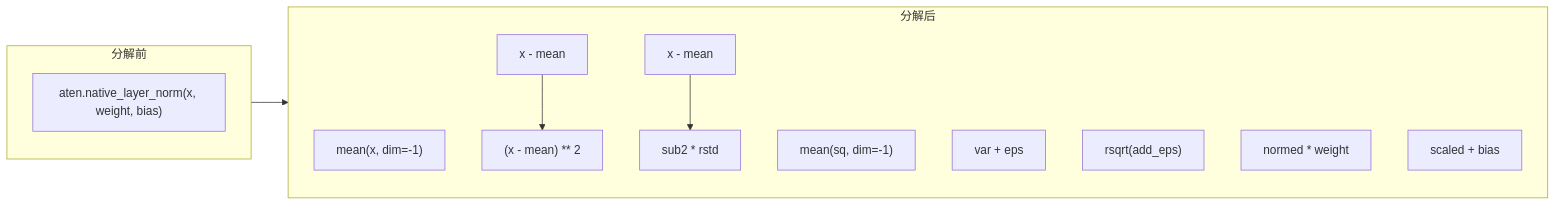
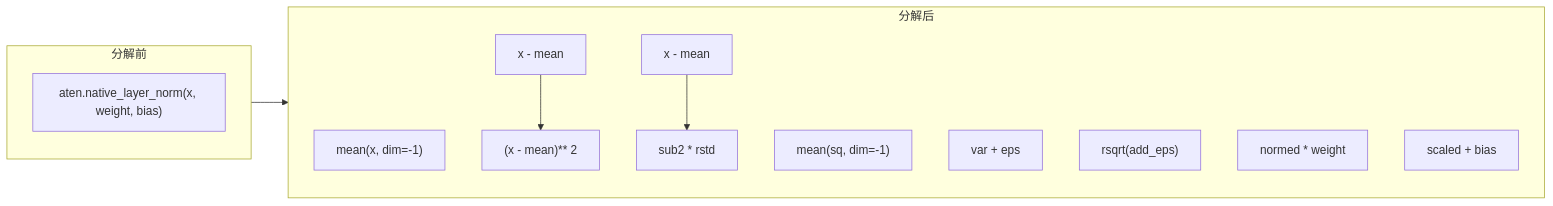
Before and after one commit to noisystreet/deep_dive_into_torch_compile: the first of 4 diagrams in source/chapter_04_aotautograd/06_decomposition.rst, drawn with Mermaid. The commit also changed other lines of this file and 67 other files, not shown here.

```diff
--- a/source/chapter_04_aotautograd/06_decomposition.rst
+++ b/source/chapter_04_aotautograd/06_decomposition.rst
@@ -26,21 +26,21 @@
 .. mermaid::
 
    flowchart LR
        subgraph before["分解前"]
            ln["aten.native_layer_norm(x, weight, bias)"]
        end
        subgraph after["分解后"]
            mean["mean(x, dim=-1)"]
            sub1["x - mean"]
-           sq["(x - mean) ** 2"]
+           sq["(x - mean)** 2"]
            var["mean(sq, dim=-1)"]
            add_eps["var + eps"]
            rstd["rsqrt(add_eps)"]
            sub2["x - mean"]
            normed["sub2 * rstd"]
            scaled["normed * weight"]
            out["scaled + bias"]
            sub1 --> sq
            sub2 --> normed
        end
        before --> after
```
